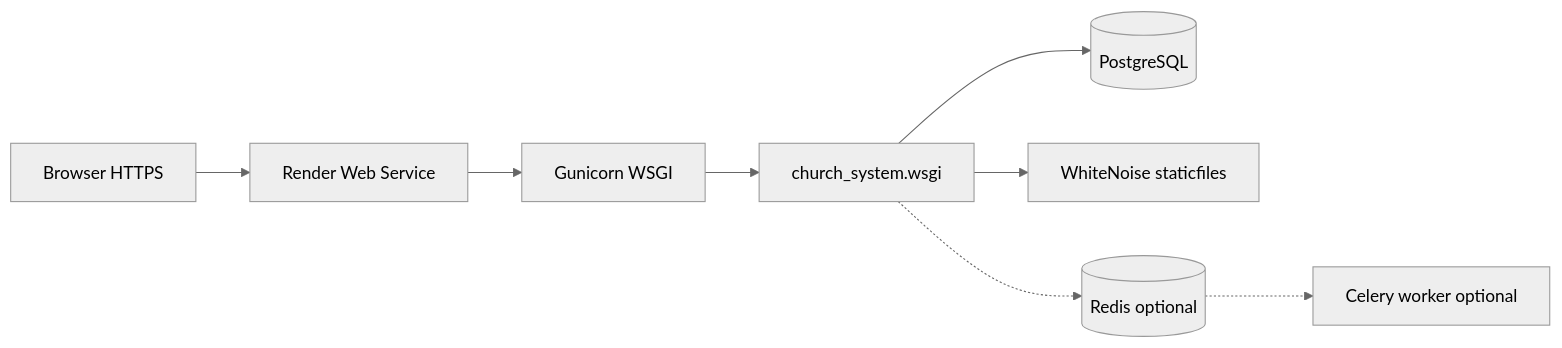
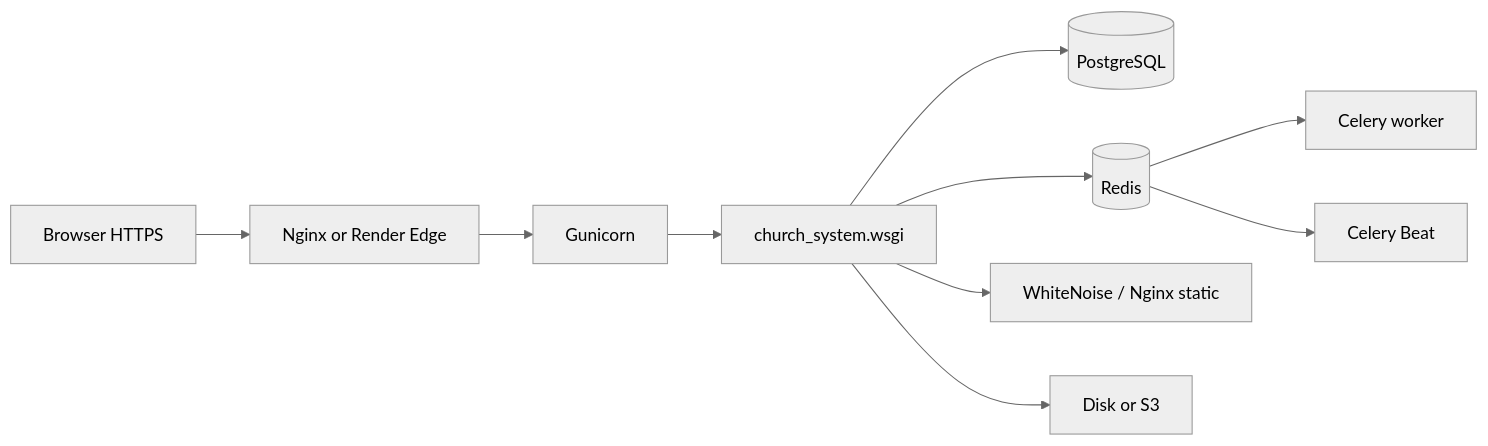
Before and after one commit to abrahamthompson46-alt/churchhub: the diagram in docs/DEVELOPMENT/DEPLOYMENT_NOTES.md, drawn with Mermaid (neutral theme). The commit also changed other lines of this file and 255 other files, not shown here.

Commit message:
Phase 1: Enterprise refactoring, layered architecture, MFA, security hardening, deployment, and production readiness

````diff
--- a/docs/DEVELOPMENT/DEPLOYMENT_NOTES.md
+++ b/docs/DEVELOPMENT/DEPLOYMENT_NOTES.md
@@ -19,10 +23,12 @@
 ```mermaid
 flowchart LR
-  Client[Browser HTTPS] --> Render[Render Web Service]
-  Render --> Guni[Gunicorn WSGI]
+  Client[Browser HTTPS] --> Edge[Nginx or Render Edge]
+  Edge --> Guni[Gunicorn]
   Guni --> Django[church_system.wsgi]
   Django --> PG[(PostgreSQL)]
-  Django --> Static[WhiteNoise staticfiles]
-  Django -.-> Redis[(Redis optional)]
-  Redis -.-> Celery[Celery worker optional]
+  Django --> Redis[(Redis)]
+  Redis --> Celery[Celery worker]
+  Redis --> Beat[Celery Beat]
+  Django --> Static[WhiteNoise / Nginx static]
+  Django --> Media[Disk or S3]
 ```
````
